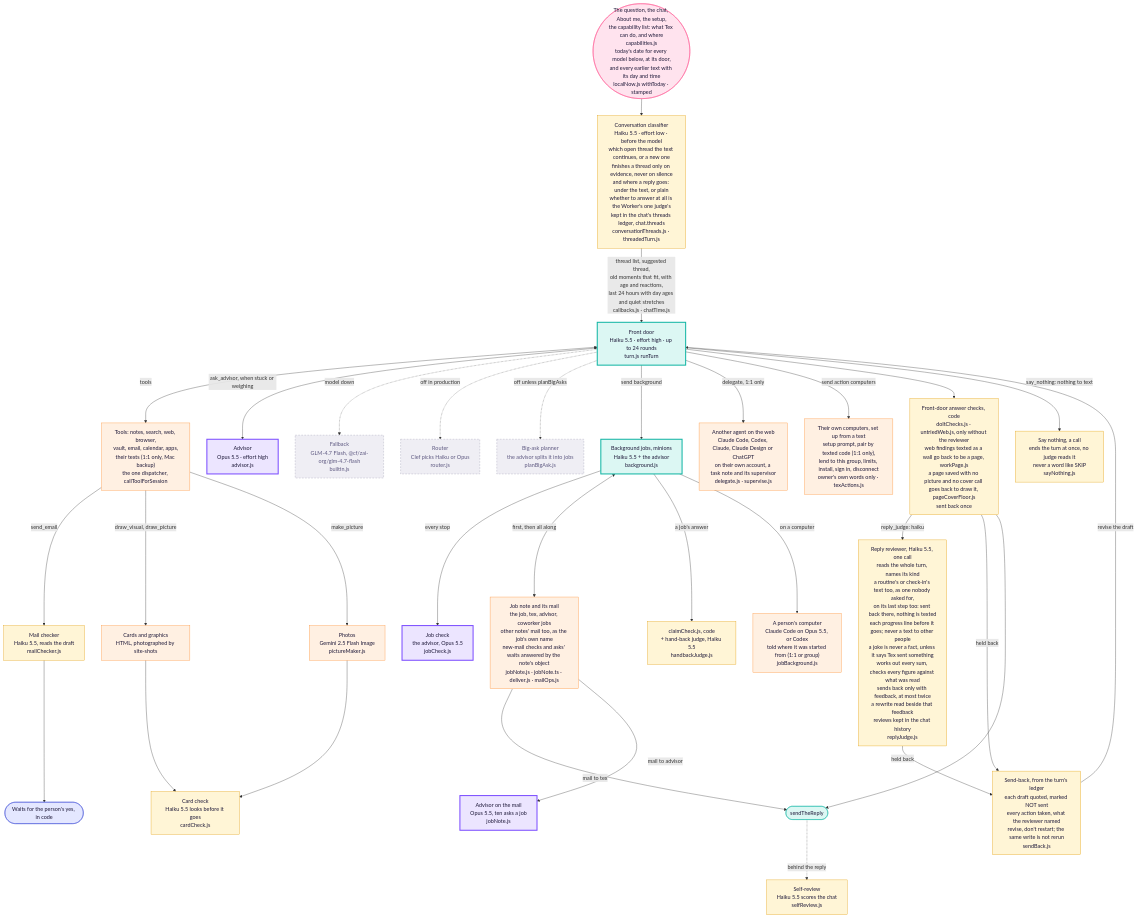
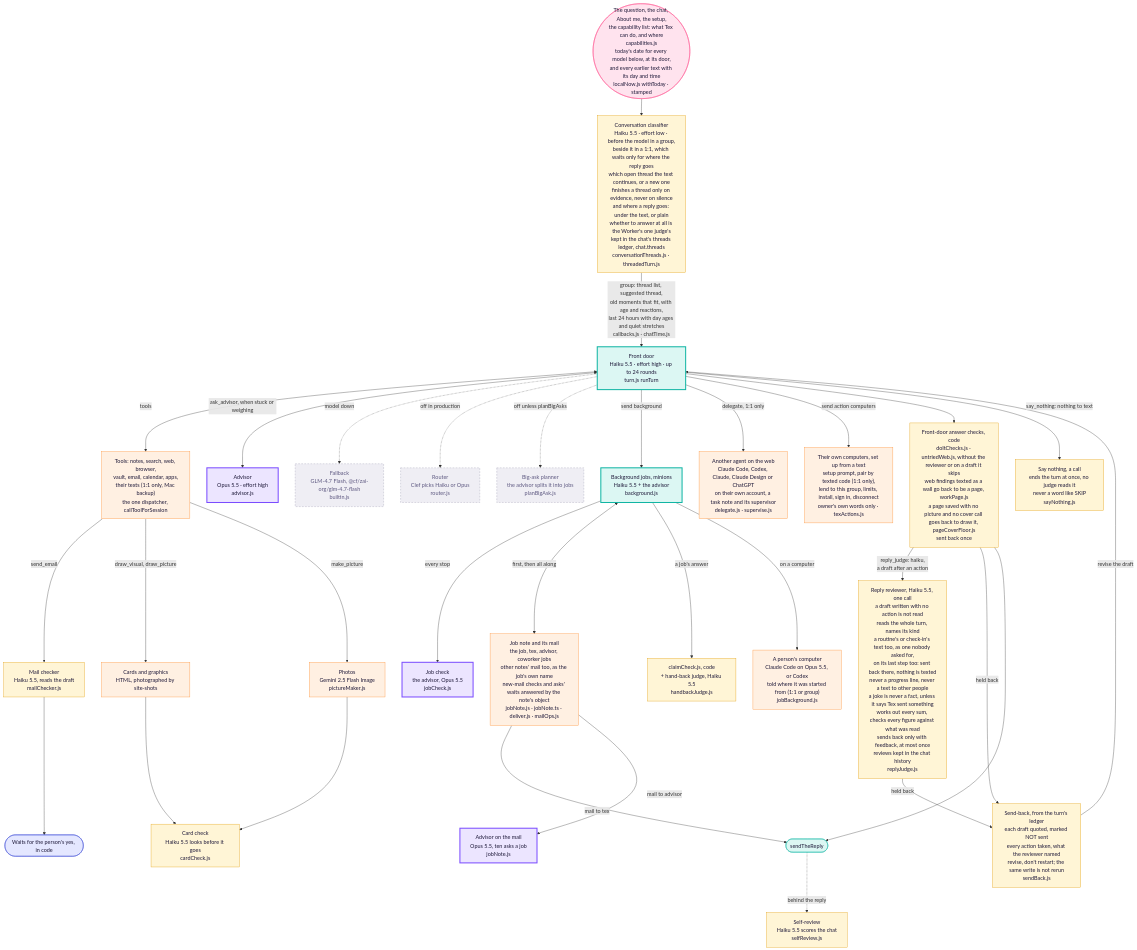
Before and after one commit to Supa-Media/context: the third of 3 diagrams in docs/architecture/tex.md, drawn with Mermaid. The commit also changed other lines of this file and 11 other files, not shown here.

First line of the commit message:
Tex: answer simple asks without the gates that held them

````diff
--- a/docs/architecture/tex.md
+++ b/docs/architecture/tex.md
@@ -112,47 +112,47 @@
 ```mermaid
 flowchart TB
   Q([The question, the chat, About me, the setup,<br/>the capability list: what Tex can do, and where<br/>capabilities.js<br/>today's date for every model below, at its door,<br/>and every earlier text with its day and time<br/>localNow.js withToday · stamped]):::you --> CL
-  CL["Conversation classifier<br/>Haiku 5.5 · effort low · before the model<br/>which open thread the text continues, or a new one<br/>finishes a thread only on evidence, never on silence<br/>and where a reply goes: under the text, or plain<br/>whether to answer at all is the Worker's one judge's<br/>kept in the chat's threads ledger, chat.threads<br/>conversationThreads.js · threadedTurn.js"]:::judge
-  CL -->|thread list, suggested thread,<br/>old moments that fit, with age and reactions,<br/>last 24 hours with day ages and quiet stretches<br/>callbacks.js · chatTime.js| FD
+  CL["Conversation classifier<br/>Haiku 5.5 · effort low · before the model in a group,<br/>beside it in a 1:1, which waits only for where the reply goes<br/>which open thread the text continues, or a new one<br/>finishes a thread only on evidence, never on silence<br/>and where a reply goes: under the text, or plain<br/>whether to answer at all is the Worker's one judge's<br/>kept in the chat's threads ledger, chat.threads<br/>conversationThreads.js · threadedTurn.js"]:::judge
+  CL -->|group: thread list, suggested thread,<br/>old moments that fit, with age and reactions,<br/>last 24 hours with day ages and quiet stretches<br/>callbacks.js · chatTime.js| FD
   FD["Front door<br/>Haiku 5.5 · effort high · up to 24 rounds<br/>turn.js runTurn"]:::haiku
   FD <-->|tools| T["Tools: notes, search, web, browser,<br/>vault, email, calendar, apps,<br/>their texts (1:1 only, Mac backup)<br/>the one dispatcher, callToolForSession"]:::tool
   FD <-->|ask_advisor, when stuck or weighing| ADV["Advisor<br/>Opus 5.5 · effort high<br/>advisor.js"]:::opus
   FD -. model down .-> FB["Fallback<br/>GLM-4.7 Flash, @cf/zai-org/glm-4.7-flash<br/>builtin.js"]:::off
   FD -. off in production .-> RT["Router<br/>Clef picks Haiku or Opus<br/>router.js"]:::off
   FD -. off unless planBigAsks .-> PL["Big-ask planner<br/>the advisor splits it into jobs<br/>planBigAsk.js"]:::off
 
   FD -->|send background| JOB["Background jobs, minions<br/>Haiku 5.5 + the advisor<br/>background.js"]:::haiku
   JOB -->|every stop| JC["Job check<br/>the advisor, Opus 5.5<br/>jobCheck.js"]:::opus
   JOB <-->|first, then all along| JN["Job note and its mail<br/>the job, tex, advisor, coworker jobs<br/>other notes' mail too, as the job's own name<br/>new-mail checks and asks' waits answered by the note's object<br/>jobNote.js · jobNote.ts · deliver.js · mailOps.js"]:::tool
   JN -->|mail to tex| SEND
   JN -->|mail to advisor| JNA["Advisor on the mail<br/>Opus 5.5, ten asks a job<br/>jobNote.js"]:::opus
   JOB -->|a job's answer| JCK["claimCheck.js, code<br/>+ hand-back judge, Haiku 5.5<br/>handbackJudge.js"]:::judge
   JOB -->|on a computer| PC["A person's computer<br/>Claude Code on Opus 5.5, or Codex<br/>told where it was started from (1:1 or group)<br/>jobBackground.js"]:::tool
   FD -->|delegate, 1:1 only| DL["Another agent on the web<br/>Claude Code, Codex, Claude, Claude Design or ChatGPT<br/>on their own account, a task note and its supervisor<br/>delegate.js · supervise.js"]:::tool
   FD -->|send action computers| CS["Their own computers, set up from a text<br/>setup prompt, pair by texted code (1:1 only),<br/>lend to this group, limits, install, sign in, disconnect<br/>owner's own words only · texActions.js"]:::tool
 
   T -->|send_email| MC["Mail checker<br/>Haiku 5.5, reads the draft<br/>mailChecker.js"]:::judge
   MC --> YES([Waits for the person's yes, in code]):::rail
   T -->|draw_visual, draw_picture| PIC["Cards and graphics<br/>HTML, photographed by site-shots"]:::tool
   T -->|make_picture| IMG["Photos<br/>Gemini 2.5 Flash Image<br/>pictureMaker.js"]:::tool
   PIC --> CC["Card check<br/>Haiku 5.5 looks before it goes<br/>cardCheck.js"]:::judge
   IMG --> CC
 
-  FD --> CHK["Front-door answer checks, code<br/>doItChecks.js · untriedWeb.js, only without the reviewer<br/>web findings texted as a wall go back to be a page, workPage.js<br/>a page saved with no picture and no cover call goes back to draw it, pageCoverFloor.js<br/>sent back once"]:::judge
+  FD --> CHK["Front-door answer checks, code<br/>doItChecks.js · untriedWeb.js, without the reviewer or on a draft it skips<br/>web findings texted as a wall go back to be a page, workPage.js<br/>a page saved with no picture and no cover call goes back to draw it, pageCoverFloor.js<br/>sent back once"]:::judge
   FD -->|say_nothing: nothing to text| QT["Say nothing, a call<br/>ends the turn at once, no judge reads it<br/>never a word like SKIP<br/>sayNothing.js"]:::judge
-  CHK -->|reply_judge: haiku| RJ["Reply reviewer, Haiku 5.5, one call<br/>reads the whole turn, names its kind<br/>a routine's or check-in's text too, as one nobody asked for,<br/>on its last step too: sent back there, nothing is texted<br/>each progress line before it goes; never a text to other people<br/>a joke is never a fact, unless it says Tex sent something<br/>works out every sum, checks every figure against what was read<br/>sends back only with feedback, at most twice<br/>a rewrite read beside that feedback<br/>reviews kept in the chat history<br/>replyJudge.js"]:::judge
+  CHK -->|reply_judge: haiku,<br/>a draft after an action| RJ["Reply reviewer, Haiku 5.5, one call<br/>a draft written with no action is not read<br/>reads the whole turn, names its kind<br/>a routine's or check-in's text too, as one nobody asked for,<br/>on its last step too: sent back there, nothing is texted<br/>never a progress line, never a text to other people<br/>a joke is never a fact, unless it says Tex sent something<br/>works out every sum, checks every figure against what was read<br/>sends back only with feedback, at most once<br/>reviews kept in the chat history<br/>replyJudge.js"]:::judge
   CHK -->|held back| SB["Send-back, from the turn's ledger<br/>each draft quoted, marked NOT sent<br/>every action taken, what the reviewer named<br/>revise, don't restart; the same write is not rerun<br/>sendBack.js"]:::judge
   RJ -->|held back| SB
   SB -->|revise the draft| FD
   CHK --> SEND([sendTheReply]):::door
   SEND -. behind the reply .-> SR["Self-review<br/>Haiku 5.5 scores the chat<br/>selfReview.js"]:::judge
 
   classDef you fill:#ffe3ee,stroke:#ff4f8b,color:#1d1838
   classDef haiku fill:#dcf7f3,stroke:#11b5a4,stroke-width:3px,color:#1d1838
   classDef opus fill:#ece5ff,stroke:#7b4dff,stroke-width:3px,color:#1d1838
   classDef judge fill:#fff5d6,stroke:#e09a00,color:#1d1838
   classDef tool fill:#fff0e2,stroke:#ff8a2a,color:#1d1838
   classDef rail fill:#e4e7ff,stroke:#3c4bd6,color:#1d1838
   classDef door fill:#dcf7f3,stroke:#11b5a4,color:#1d1838
   classDef off fill:#efeef4,stroke:#9a97b0,stroke-dasharray:5 4,color:#5d5880
 ```
````
